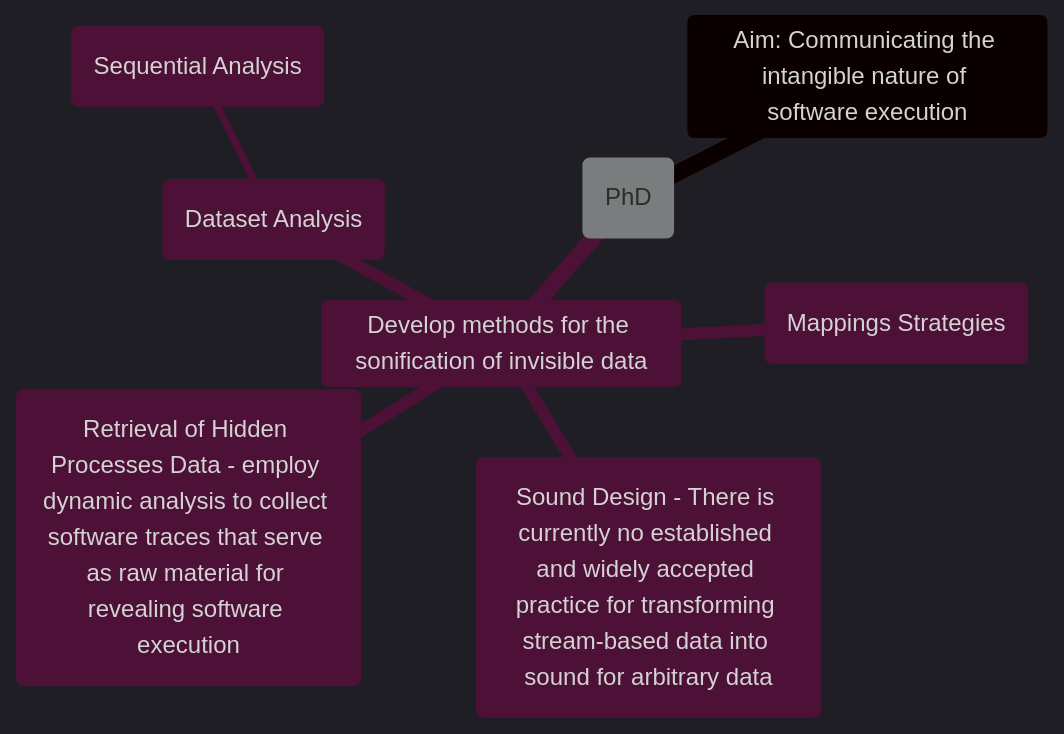
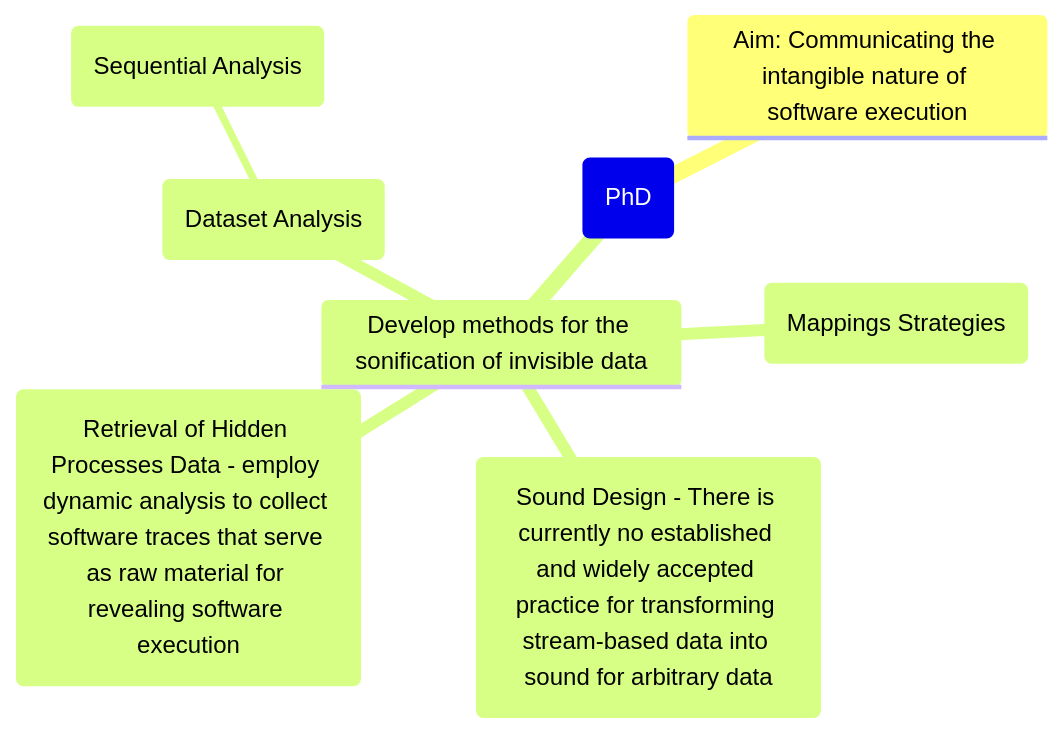
The fourth of 6 diagrams in src/site/notes/PhD Macro-Tasks/Tools for database and software analysis (to split into separate files)/Tools for database and software analysis (to split into separate files).md (mauriziobrt/phd-digitalgarden), drawn with Mermaid before and after one commit. The commit also changed other lines of this file and 1 other file, not shown here.

````diff
--- a/src/site/notes/PhD Macro-Tasks/Tools for database and software analysis (to split into separate files)/Tools for database and software analysis (to split into separate files).md
+++ b/src/site/notes/PhD Macro-Tasks/Tools for database and software analysis (to split into separate files)/Tools for database and software analysis (to split into separate files).md
@@ -182,15 +230,15 @@
 ```Mermaid
-%%{init: {'theme':'dark'}}%%
+
 mindmap
   root(PhD)
 	  Aim: Communicating the intangible nature of software execution
 	  Develop methods for the sonification of invisible data
 		  (Mappings Strategies)
 		  (Sound Design - There is currently no established and widely accepted practice for transforming stream-based data into sound for arbitrary data)
 		  (Retrieval of Hidden Processes Data - employ dynamic analysis to collect software traces that serve as raw material for revealing software execution)
 		  (Dataset Analysis)
 			  (Sequential Analysis)
 		
     
 
 ```
````
